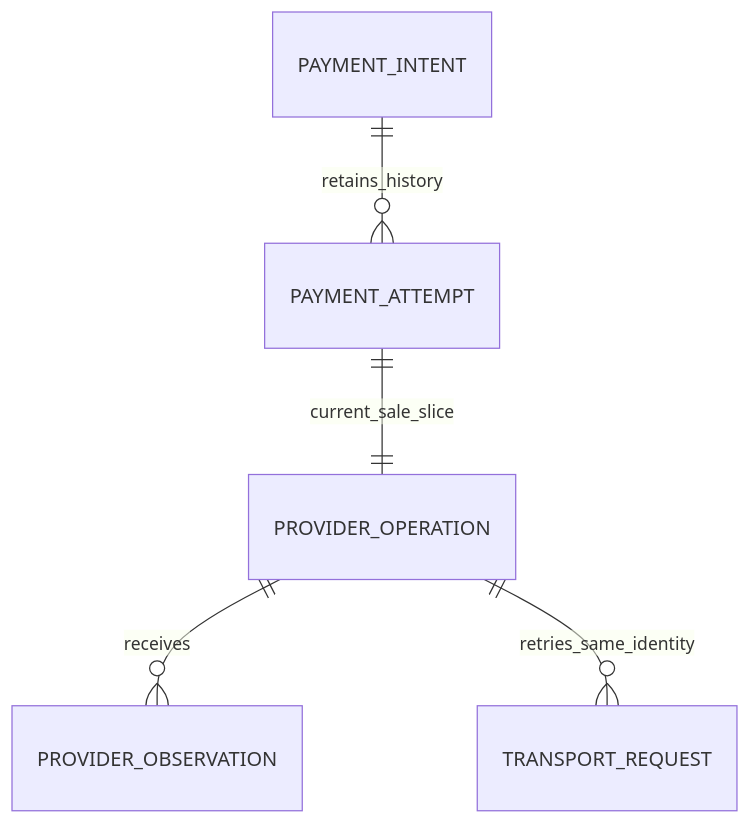
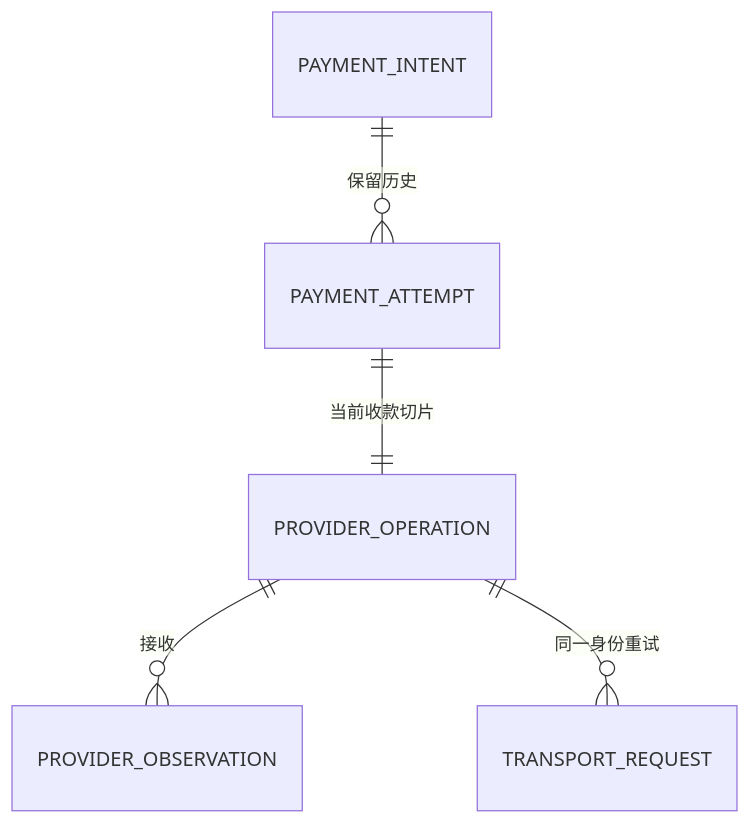
The first of 4 diagrams in appendices/payment-state-models.md (YouEclipse/Designing-Modern-Payment-Systems), drawn with Mermaid before and after one commit. The commit also changed other lines of this file and 59 other files, not shown here.

````diff
--- a/appendices/payment-state-models.md
+++ b/appendices/payment-state-models.md
@@ -13,7 +13,7 @@
 ```mermaid
 erDiagram
-    PAYMENT_INTENT ||--o{ PAYMENT_ATTEMPT : retains_history
-    PAYMENT_ATTEMPT ||--|| PROVIDER_OPERATION : current_sale_slice
-    PROVIDER_OPERATION ||--o{ PROVIDER_OBSERVATION : receives
-    PROVIDER_OPERATION ||--o{ TRANSPORT_REQUEST : retries_same_identity
+    PAYMENT_INTENT ||--o{ PAYMENT_ATTEMPT : 保留历史
+    PAYMENT_ATTEMPT ||--|| PROVIDER_OPERATION : 当前收款切片
+    PROVIDER_OPERATION ||--o{ PROVIDER_OBSERVATION : 接收
+    PROVIDER_OPERATION ||--o{ TRANSPORT_REQUEST : 同一身份重试
 ```
````
